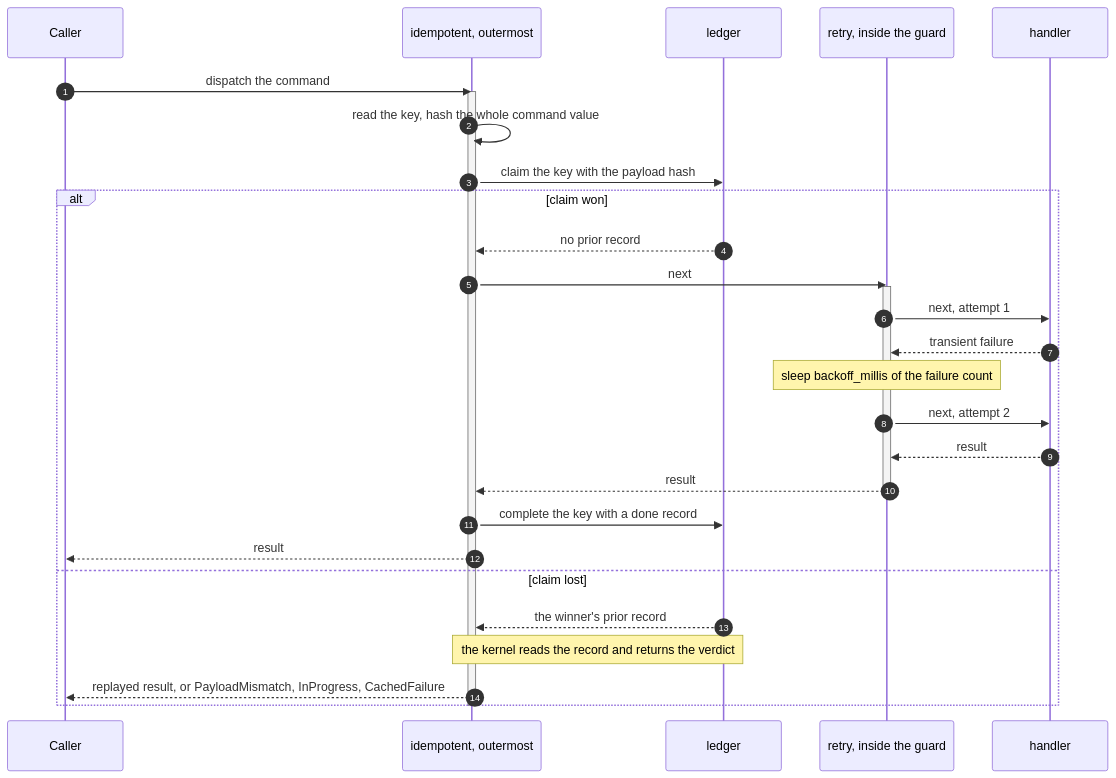
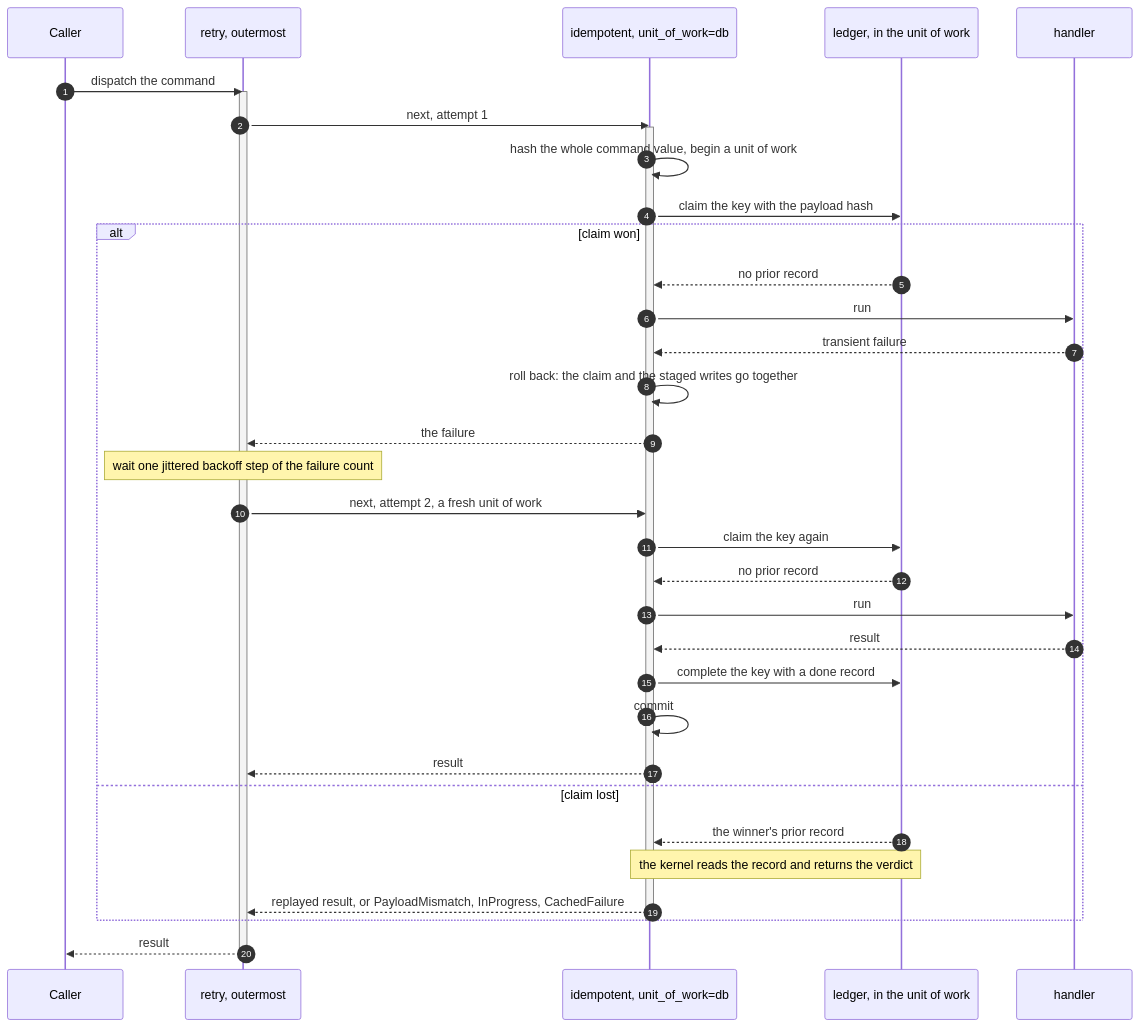
The second of 3 diagrams in docs/sdk/commands.md (haskian/edax), drawn with Mermaid before and after one commit. The commit also changed other lines of this file and 234 other files, not shown here.

````diff
--- a/docs/sdk/commands.md
+++ b/docs/sdk/commands.md
@@ -164,33 +178,39 @@
 ```mermaid
 sequenceDiagram
     autonumber
     participant Caller
-    participant Guard as idempotent, outermost
-    participant Ledger as ledger
-    participant Retry as retry, inside the guard
+    participant Retry as retry, outermost
+    participant Guard as idempotent, unit_of_work=db
+    participant Ledger as ledger, in the unit of work
     participant Handler as handler
 
-    Caller->>Guard: dispatch the command
+    Caller->>Retry: dispatch the command
+    activate Retry
+    Retry->>Guard: next, attempt 1
     activate Guard
-    Guard->>Guard: read the key, hash the whole command value
+    Guard->>Guard: hash the whole command value, begin a unit of work
     Guard->>Ledger: claim the key with the payload hash
     alt claim won
         Ledger-->>Guard: no prior record
-        Guard->>Retry: next
-        activate Retry
-        Retry->>Handler: next, attempt 1
-        Handler-->>Retry: transient failure
-        Note over Retry: sleep backoff_millis of the failure count
-        Retry->>Handler: next, attempt 2
-        Handler-->>Retry: result
-        Retry-->>Guard: result
-        deactivate Retry
+        Guard->>Handler: run
+        Handler-->>Guard: transient failure
+        Guard->>Guard: roll back: the claim and the staged writes go together
+        Guard-->>Retry: the failure
+        Note over Retry: wait one jittered backoff step of the failure count
+        Retry->>Guard: next, attempt 2, a fresh unit of work
+        Guard->>Ledger: claim the key again
+        Ledger-->>Guard: no prior record
+        Guard->>Handler: run
+        Handler-->>Guard: result
         Guard->>Ledger: complete the key with a done record
-        Guard-->>Caller: result
+        Guard->>Guard: commit
+        Guard-->>Retry: result
     else claim lost
         Ledger-->>Guard: the winner's prior record
         Note over Guard,Ledger: the kernel reads the record and returns the verdict
-        Guard-->>Caller: replayed result, or PayloadMismatch, InProgress, CachedFailure
+        Guard-->>Retry: replayed result, or PayloadMismatch, InProgress, CachedFailure
     end
     deactivate Guard
+    Retry-->>Caller: result
+    deactivate Retry
 ```
````
